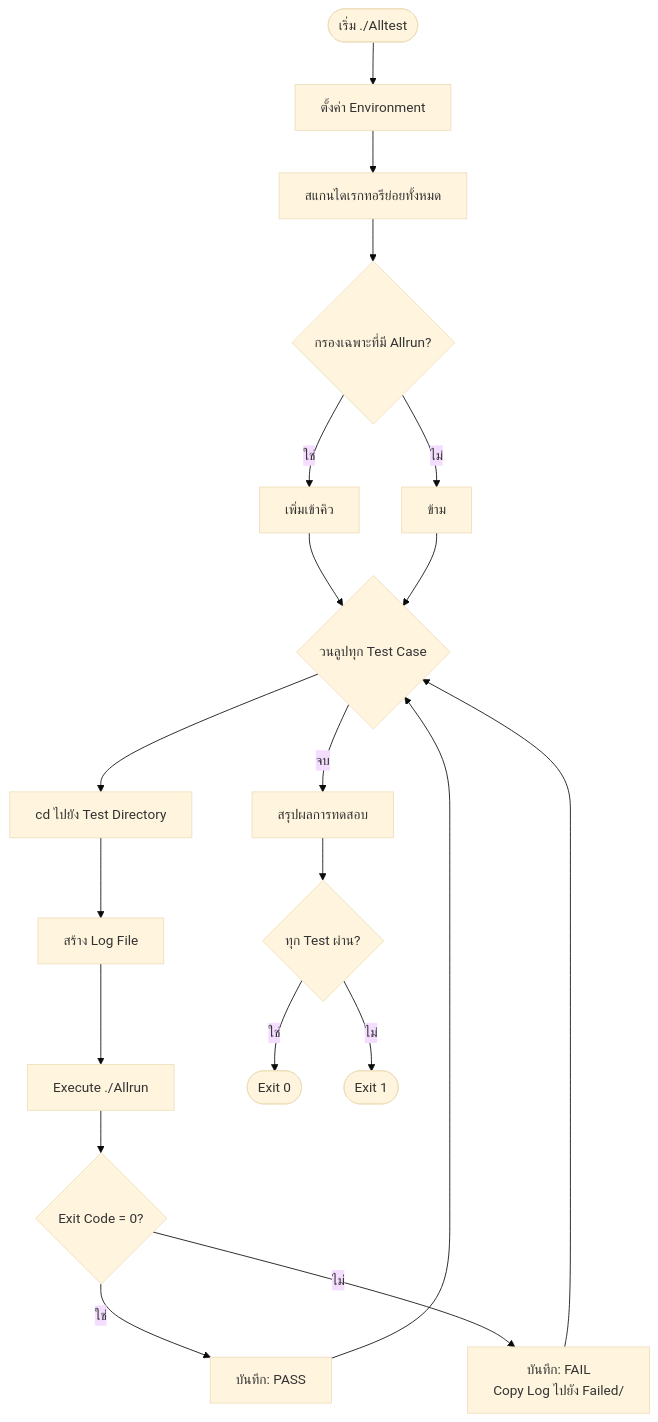
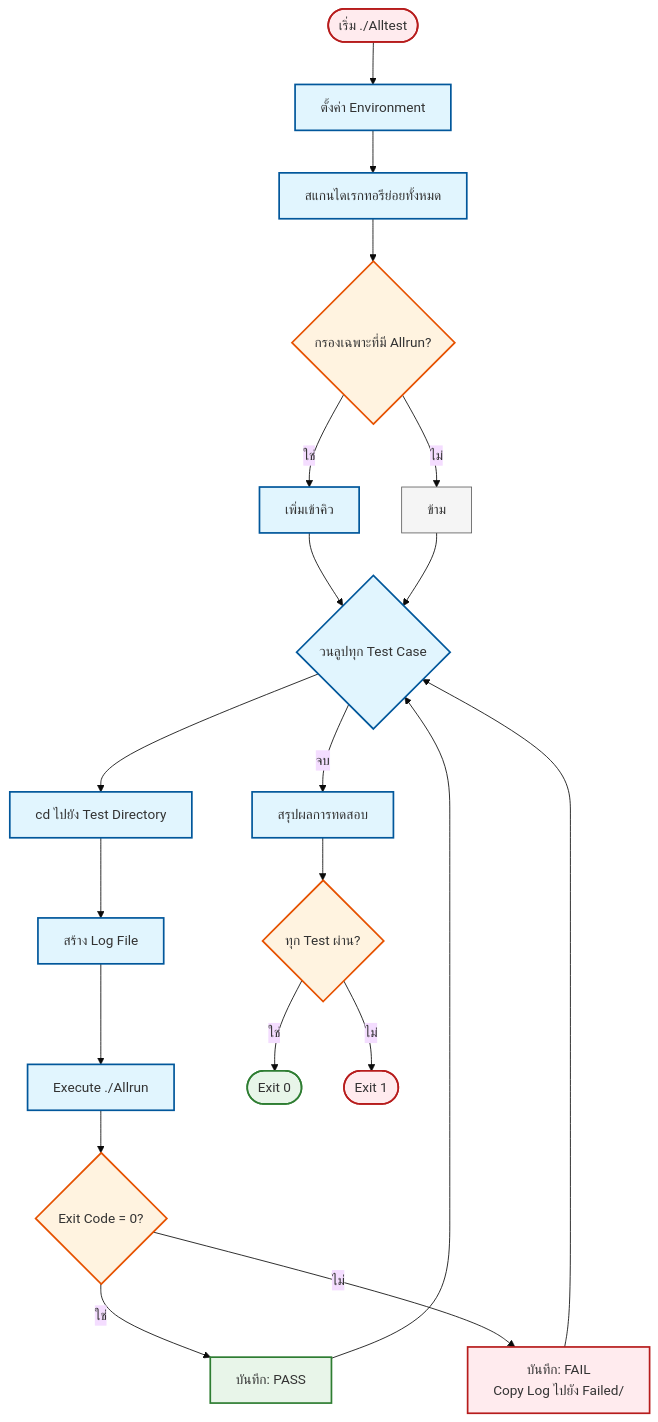
Before and after one commit to wramet/build-my-cfd: the first of 4 diagrams in MODULE_08_TESTING_VALIDATION/CONTENT/02_TEST_FRAMEWORK_CODING/03_Automation_Scripts.md, drawn with Mermaid (base theme). The commit also changed other lines of this file and 313 other files, not shown here.

Commit message:
Revise all diagram

````diff
--- a/MODULE_08_TESTING_VALIDATION/CONTENT/02_TEST_FRAMEWORK_CODING/03_Automation_Scripts.md
+++ b/MODULE_08_TESTING_VALIDATION/CONTENT/02_TEST_FRAMEWORK_CODING/03_Automation_Scripts.md
@@ -20,22 +20,27 @@
 ```mermaid
 flowchart TB
-    Start([เริ่ม ./Alltest]) --> Init[ตั้งค่า Environment]
-    Init --> Scan[สแกนไดเรกทอรีย่อยทั้งหมด]
-    Scan --> Filter{กรองเฉพาะที่มี Allrun?}
-    Filter -- ใช่ --> Queue[เพิ่มเข้าคิว]
-    Filter -- ไม่ --> Skip[ข้าม]
-    Queue --> ExecLoop{วนลูปทุก Test Case}
-    ExecLoop --> ChangeDir[cd ไปยัง Test Directory]
-    ChangeDir --> LogSetup[สร้าง Log File]
-    LogSetup --> RunTest[Execute ./Allrun]
-    RunTest --> Check{Exit Code = 0?}
-    Check -- ใช่ --> Success[บันทึก: PASS]
-    Check -- ไม่ --> Fail[บันทึก: FAIL<br/>Copy Log ไปยัง Failed/]
-    Success --> ExecLoop
-    Fail --> ExecLoop
-    ExecLoop -- จบ --> Summary[สรุปผลการทดสอบ]
-    Summary --> FinalExit{ทุก Test ผ่าน?}
-    FinalExit -- ใช่ --> EndSuccess([Exit 0])
-    FinalExit -- ไม่ --> EndFail([Exit 1])
-    Skip --> ExecLoop
+classDef implicit fill:#e1f5fe,stroke:#01579b,stroke-width:2px
+classDef explicit fill:#ffebee,stroke:#b71c1c,stroke-width:2px
+classDef success fill:#e8f5e9,stroke:#2e7d32,stroke-width:2px
+classDef warning fill:#fff3e0,stroke:#e65100,stroke-width:2px
+classDef context fill:#f5f5f5,stroke:#616161,stroke-width:1px
+Start([เริ่ม ./Alltest]):::explicit --> Init[ตั้งค่า Environment]:::implicit
+Init --> Scan[สแกนไดเรกทอรีย่อยทั้งหมด]:::implicit
+Scan --> Filter{กรองเฉพาะที่มี Allrun?}:::warning
+Filter -- ใช่ --> Queue[เพิ่มเข้าคิว]:::implicit
+Filter -- ไม่ --> Skip[ข้าม]:::context
+Queue --> ExecLoop{วนลูปทุก Test Case}:::implicit
+ExecLoop --> ChangeDir[cd ไปยัง Test Directory]:::implicit
+ChangeDir --> LogSetup[สร้าง Log File]:::implicit
+LogSetup --> RunTest[Execute ./Allrun]:::implicit
+RunTest --> Check{Exit Code = 0?}:::warning
+Check -- ใช่ --> Success[บันทึก: PASS]:::success
+Check -- ไม่ --> Fail[บันทึก: FAIL<br/>Copy Log ไปยัง Failed/]:::explicit
+Success --> ExecLoop
+Fail --> ExecLoop
+ExecLoop -- จบ --> Summary[สรุปผลการทดสอบ]:::implicit
+Summary --> FinalExit{ทุก Test ผ่าน?}:::warning
+FinalExit -- ใช่ --> EndSuccess([Exit 0]):::success
+FinalExit -- ไม่ --> EndFail([Exit 1]):::explicit
+Skip --> ExecLoop
 ```
````
